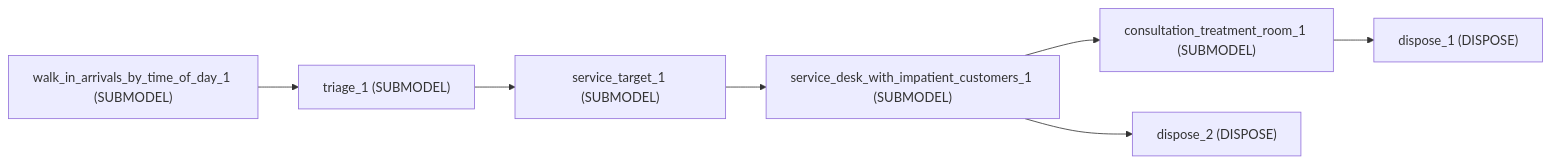
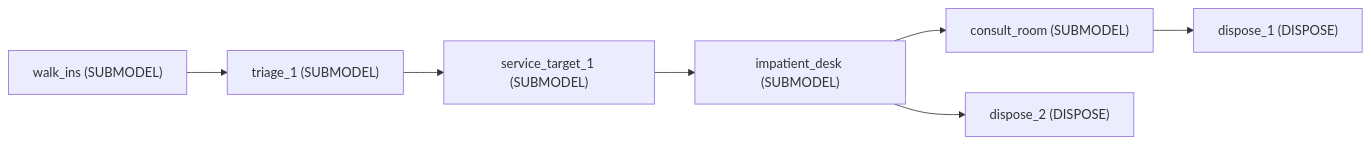
One commit to TheMattHub/naga changed the second of 5 diagrams in docs/gallery/services.md. Above: the diagram before and after it, drawn with Mermaid. The commit also changed other lines of this file and 45 other files, not shown here.

````diff
--- a/docs/gallery/services.md
+++ b/docs/gallery/services.md
@@ -45,16 +45,16 @@
 ```mermaid
 flowchart LR
-    b0["walk_in_arrivals_by_time_of_day_1 (SUBMODEL)"]
+    b0["walk_ins (SUBMODEL)"]
     b1["triage_1 (SUBMODEL)"]
     b2["service_target_1 (SUBMODEL)"]
-    b3["service_desk_with_impatient_customers_1 (SUBMODEL)"]
-    b4["consultation_treatment_room_1 (SUBMODEL)"]
+    b3["impatient_desk (SUBMODEL)"]
+    b4["consult_room (SUBMODEL)"]
     b5["dispose_1 (DISPOSE)"]
     b6["dispose_2 (DISPOSE)"]
     b0 --> b1
     b1 --> b2
     b2 --> b3
     b3 --> b4
     b3 --> b6
     b4 --> b5
 ```
````
